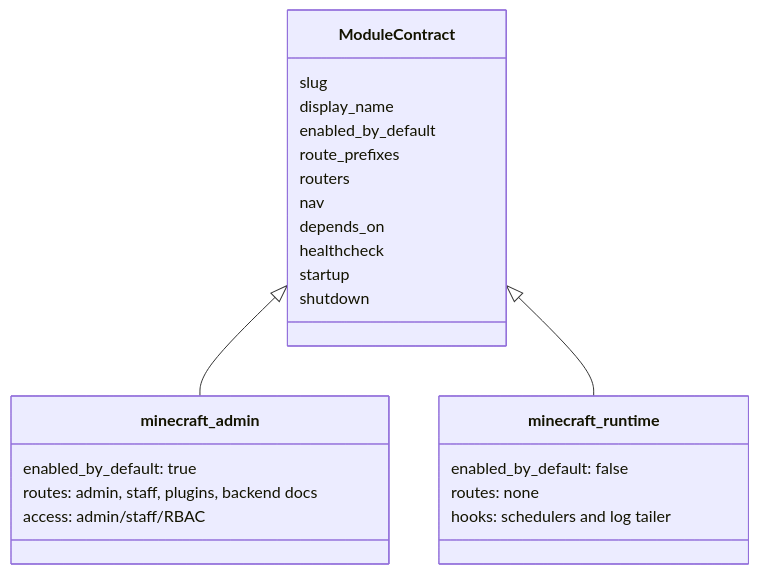
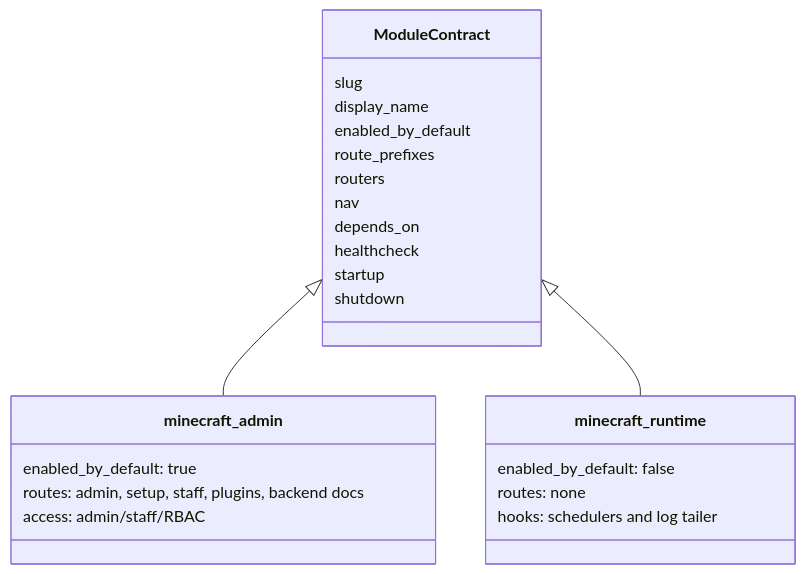
One commit to TodLop/CORA-Outpost changed the third of 6 diagrams in README.md. Above: the diagram before and after it, drawn with Mermaid. The commit also changed other lines of this file and 19 other files, not shown here.

````diff
--- a/README.md
+++ b/README.md
@@ -170,30 +180,30 @@
 ```mermaid
 classDiagram
     class ModuleContract {
         slug
         display_name
         enabled_by_default
         route_prefixes
         routers
         nav
         depends_on
         healthcheck
         startup
         shutdown
     }
 
     class minecraft_admin {
         enabled_by_default: true
-        routes: admin, staff, plugins, backend docs
+        routes: admin, setup, staff, plugins, backend docs
         access: admin/staff/RBAC
     }
 
     class minecraft_runtime {
         enabled_by_default: false
         routes: none
         hooks: schedulers and log tailer
     }
 
     ModuleContract <|-- minecraft_admin
     ModuleContract <|-- minecraft_runtime
 ```
````
